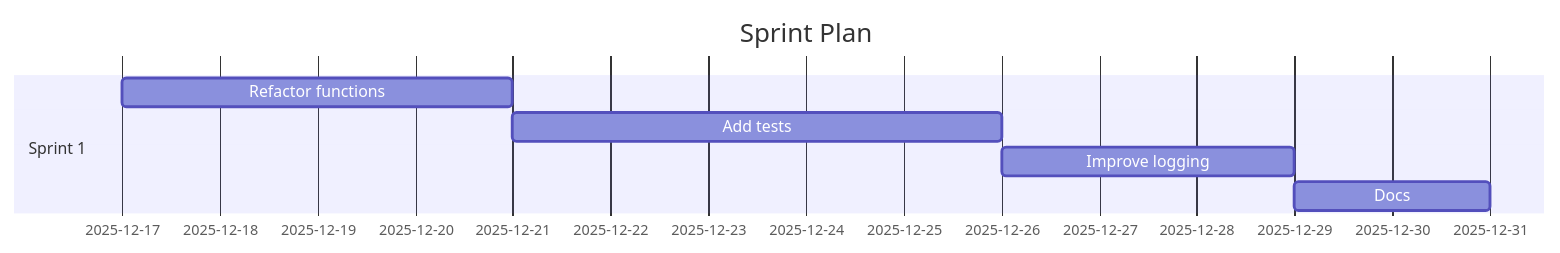
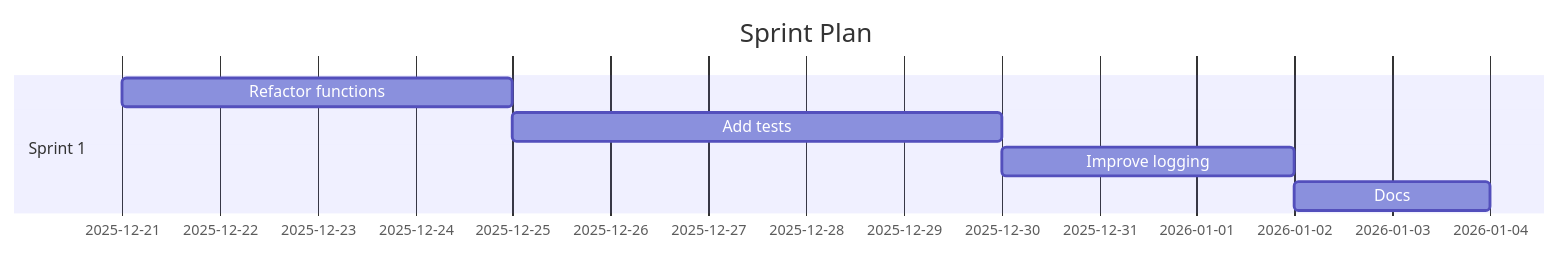
Before and after one commit to Anselmoo/mcp-ai-agent-guidelines: the diagram in demos/demo-code-analysis.sprint.md, drawn with Mermaid. The commit also changed other lines of this file and 44 other files, not shown here.

First line of the commit message:
refactor: Complete mermaid-diagram-generator decomposition using Strategy pattern

````diff
--- a/demos/demo-code-analysis.sprint.md
+++ b/demos/demo-code-analysis.sprint.md
@@ -59,11 +59,11 @@
 ```mermaid
 gantt
 	dateFormat  YYYY-MM-DD
 	title Sprint Plan
 %% Accessibility: Title=Project Sprint Plan; Description=Gantt chart of sprints and tasks over time. %%
   section Sprint 1
-  Refactor functions :s1t0, 2025-12-17, 4d
-  Add tests :s1t1, 2025-12-21, 5d
-  Improve logging :s1t2, 2025-12-26, 3d
-  Docs :s1t3, 2025-12-29, 2d
+  Refactor functions :s1t0, 2025-12-21, 4d
+  Add tests :s1t1, 2025-12-25, 5d
+  Improve logging :s1t2, 2025-12-30, 3d
+  Docs :s1t3, 2026-01-02, 2d
 ```
````
